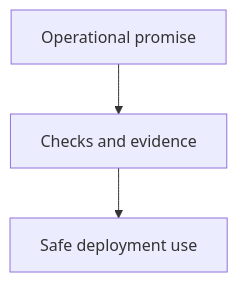
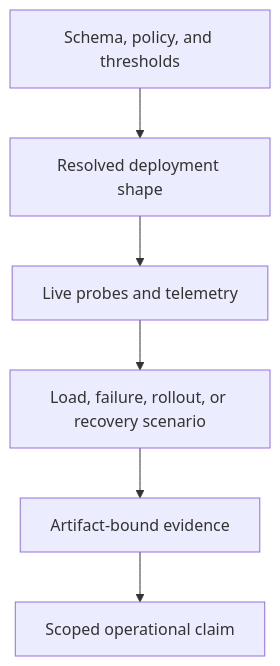
Before and after one commit to bijux/bijux-atlas: the second of 2 diagrams in docs/bijux-atlas/contracts/operational-contracts.md, drawn with Mermaid. The commit also changed other lines of this file and 2 other files, not shown here.

````diff
--- a/docs/bijux-atlas/contracts/operational-contracts.md
+++ b/docs/bijux-atlas/contracts/operational-contracts.md
@@ -29,5 +53,8 @@
 ```mermaid
 flowchart TD
-    Promise[Operational promise] --> Checks[Checks and evidence]
-    Checks --> Deploy[Safe deployment use]
+    Policy[Schema, policy, and thresholds] --> Render[Resolved deployment shape]
+    Render --> Observe[Live probes and telemetry]
+    Observe --> Exercise[Load, failure, rollout, or recovery scenario]
+    Exercise --> Bind[Artifact-bound evidence]
+    Bind --> Claim[Scoped operational claim]
 ```
````
